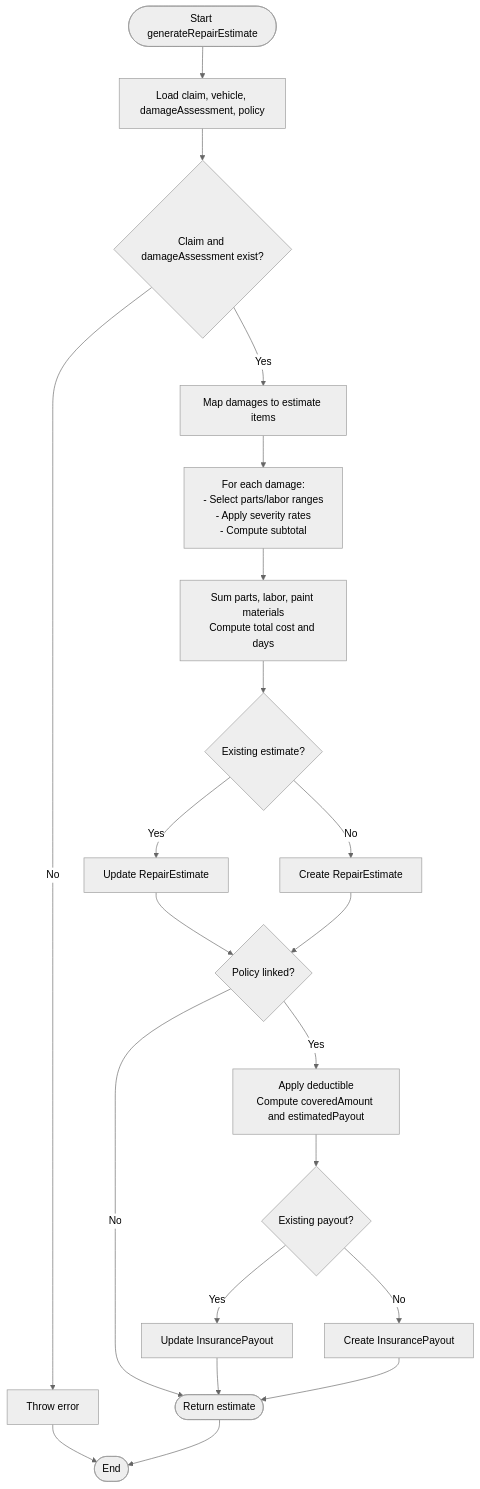
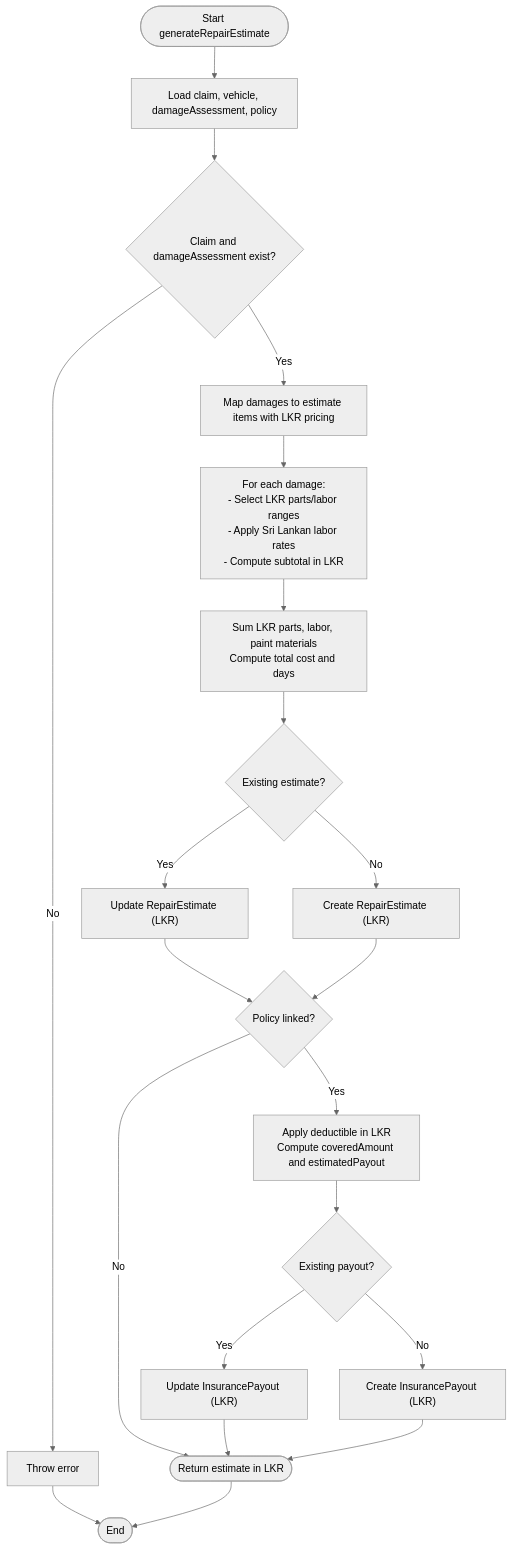
One commit to NaveenHiranya/Smart-Vehicle-Insurance-Claim-System changed the third of 6 diagrams in .qoder/repowiki/en/content/Backend Documentation/Business Logic & Services/Repair Estimate Service.md. Above: the diagram before and after it, drawn with Mermaid (neutral theme). The commit also changed other lines of this file and 9 other files, not shown here.

````diff
--- a/.qoder/repowiki/en/content/Backend Documentation/Business Logic & Services/Repair Estimate Service.md
+++ b/.qoder/repowiki/en/content/Backend Documentation/Business Logic & Services/Repair Estimate Service.md
@@ -149,23 +176,23 @@
 ```mermaid
 flowchart TD
 Start(["Start generateRepairEstimate"]) --> LoadClaim["Load claim, vehicle, damageAssessment, policy"]
 LoadClaim --> Validate{"Claim and damageAssessment exist?"}
 Validate --> |No| Error["Throw error"]
-Validate --> |Yes| MapDamages["Map damages to estimate items"]
-MapDamages --> CalcItem["For each damage:<br/>- Select parts/labor ranges<br/>- Apply severity rates<br/>- Compute subtotal"]
-CalcItem --> Totals["Sum parts, labor, paint materials<br/>Compute total cost and days"]
+Validate --> |Yes| MapDamages["Map damages to estimate items with LKR pricing"]
+MapDamages --> CalcItem["For each damage:<br/>- Select LKR parts/labor ranges<br/>- Apply Sri Lankan labor rates<br/>- Compute subtotal in LKR"]
+CalcItem --> Totals["Sum LKR parts, labor, paint materials<br/>Compute total cost and days"]
 Totals --> Persist{"Existing estimate?"}
-Persist --> |Yes| UpdateEstimate["Update RepairEstimate"]
-Persist --> |No| CreateEstimate["Create RepairEstimate"]
+Persist --> |Yes| UpdateEstimate["Update RepairEstimate (LKR)"]
+Persist --> |No| CreateEstimate["Create RepairEstimate (LKR)"]
 UpdateEstimate --> PayoutCheck{"Policy linked?"}
 CreateEstimate --> PayoutCheck
-PayoutCheck --> |Yes| CalcPayout["Apply deductible<br/>Compute coveredAmount and estimatedPayout"]
-PayoutCheck --> |No| Done(["Return estimate"])
+PayoutCheck --> |Yes| CalcPayout["Apply deductible in LKR<br/>Compute coveredAmount and estimatedPayout"]
+PayoutCheck --> |No| Done(["Return estimate in LKR"])
 CalcPayout --> PersistPayout{"Existing payout?"}
-PersistPayout --> |Yes| UpdatePayout["Update InsurancePayout"]
-PersistPayout --> |No| CreatePayout["Create InsurancePayout"]
+PersistPayout --> |Yes| UpdatePayout["Update InsurancePayout (LKR)"]
+PersistPayout --> |No| CreatePayout["Create InsurancePayout (LKR)"]
 UpdatePayout --> Done
 CreatePayout --> Done
 Error --> End(["End"])
 Done --> End
 ```
````
